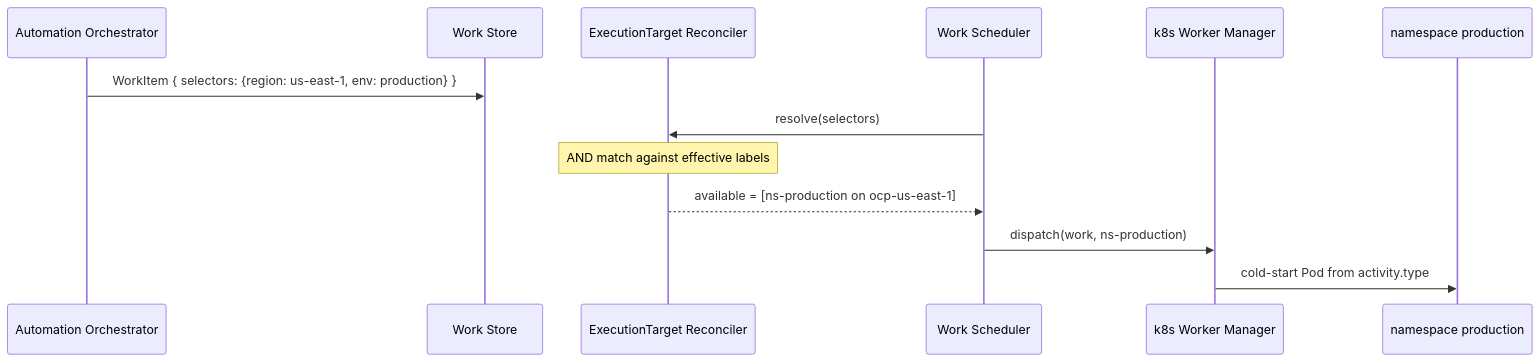
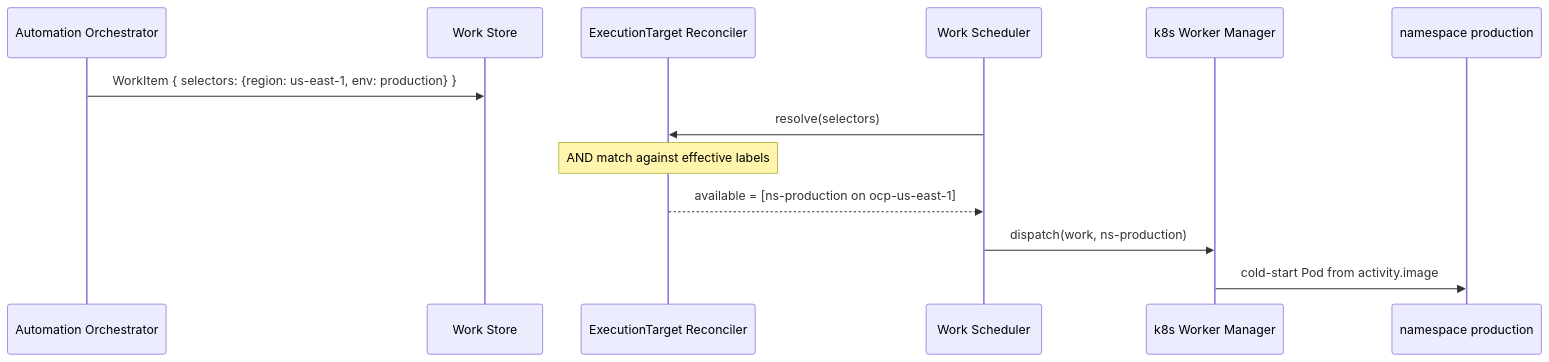
The diagram in backend/docs/execution-plane/examples/01-select-region-and-env.md (syntara-orchestration/syntara), drawn with Mermaid before and after one commit. The commit also changed other lines of this file and 3 other files, not shown here.

First line of the commit message:
docs(AAP-92721): rename activity.type to activity.image

````diff
--- a/backend/docs/execution-plane/examples/01-select-region-and-env.md
+++ b/backend/docs/execution-plane/examples/01-select-region-and-env.md
@@ -155,16 +155,16 @@
 ```mermaid
 sequenceDiagram
     participant AO as Automation Orchestrator
     participant WS as Work Store
     participant ETR as ExecutionTarget Reconciler
     participant Sch as Work Scheduler
     participant WM as k8s Worker Manager
     participant NS as namespace production
 
     AO->>WS: WorkItem { selectors: {region: us-east-1, env: production} }
     Sch->>ETR: resolve(selectors)
     Note over ETR: AND match against effective labels
     ETR-->>Sch: available = [ns-production on ocp-us-east-1]
     Sch->>WM: dispatch(work, ns-production)
-    WM->>NS: cold-start Pod from activity.type
+    WM->>NS: cold-start Pod from activity.image
 ```
````
